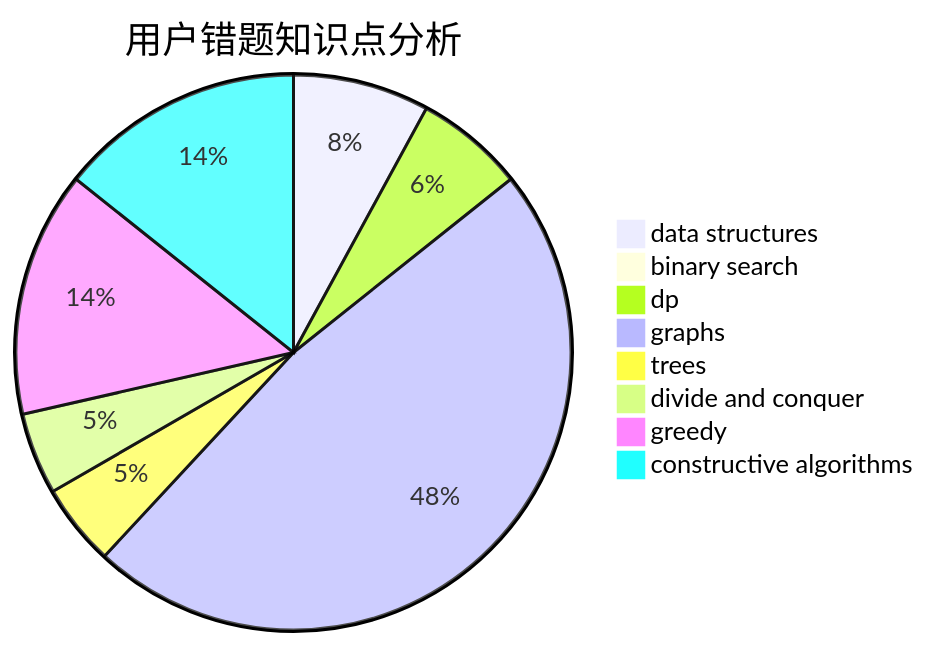
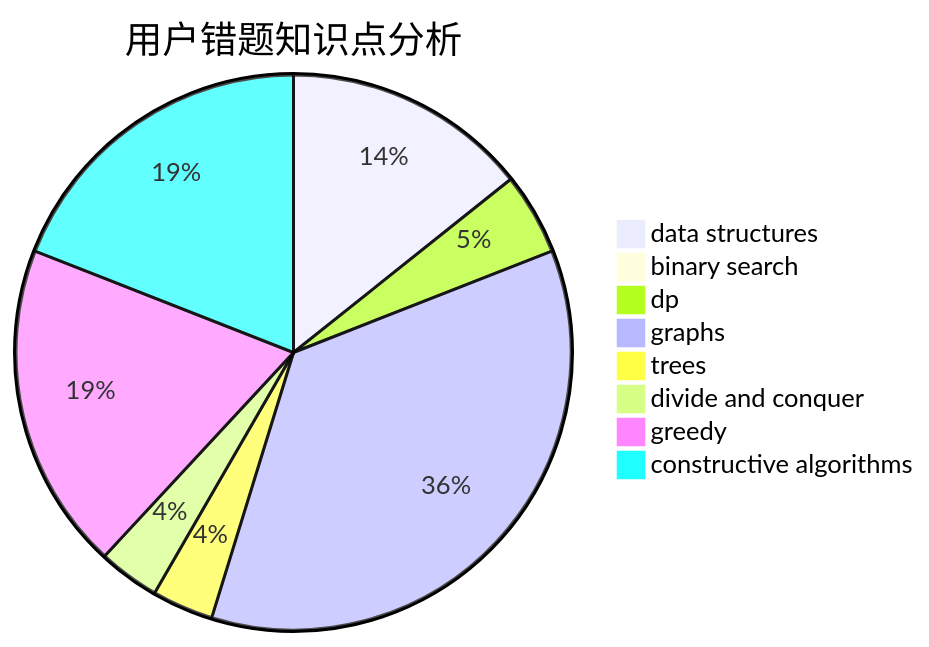
Before and after one commit to sherpahu/cfrs.github.io: the third of 3 diagrams in docs/user/u470.md, drawn with Mermaid. The commit also changed other lines of this file and 2770 other files, not shown here.

````diff
--- a/docs/user/u470.md
+++ b/docs/user/u470.md
@@ -36,11 +36,11 @@
 ```mermaid
 pie title 用户错题知识点分析
-    "data structures" :  5
+    "data structures" :  12
     "binary search" :  0
     "dp" :  4
     "graphs" :  30
     "trees" :  3
     "divide and conquer" :  3
-    "greedy" :  9
-    "constructive algorithms" :  9
+    "greedy" :  16
+    "constructive algorithms" :  16
 ```
````
